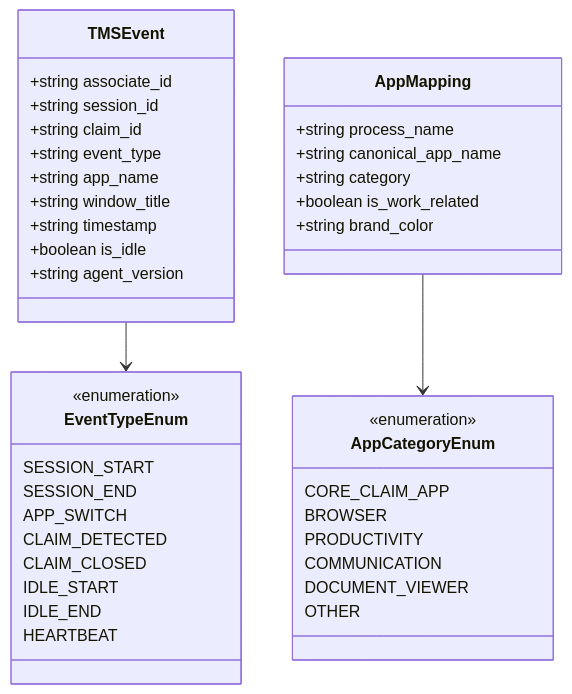
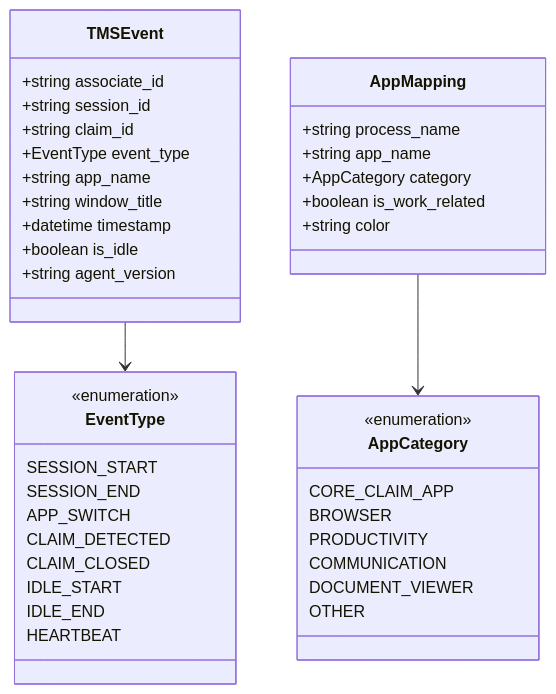
Before and after one commit to Gokul2004-ne/TMS: the first of 2 diagrams in shared/README.md, drawn with Mermaid. The commit also changed other lines of this file and 5 other files, not shown here.

````diff
--- a/shared/README.md
+++ b/shared/README.md
@@ -10,47 +22,48 @@
 ```mermaid
 classDiagram
+    direction TB
     class TMSEvent {
         +string associate_id
         +string session_id
         +string claim_id
-        +string event_type
+        +EventType event_type
         +string app_name
         +string window_title
-        +string timestamp
+        +datetime timestamp
         +boolean is_idle
         +string agent_version
     }
 
     class AppMapping {
         +string process_name
-        +string canonical_app_name
-        +string category
+        +string app_name
+        +AppCategory category
         +boolean is_work_related
-        +string brand_color
+        +string color
     }
 
-    class EventTypeEnum {
+    class EventType {
         <<enumeration>>
         SESSION_START
         SESSION_END
         APP_SWITCH
         CLAIM_DETECTED
         CLAIM_CLOSED
         IDLE_START
         IDLE_END
         HEARTBEAT
     }
 
-    class AppCategoryEnum {
+    class AppCategory {
         <<enumeration>>
         CORE_CLAIM_APP
         BROWSER
         PRODUCTIVITY
         COMMUNICATION
         DOCUMENT_VIEWER
         OTHER
     }
 
-    TMSEvent --> EventTypeEnum
-    AppMapping --> AppCategoryEnum
+    TMSEvent --> EventType
+    AppMapping --> AppCategory
 ```
````
